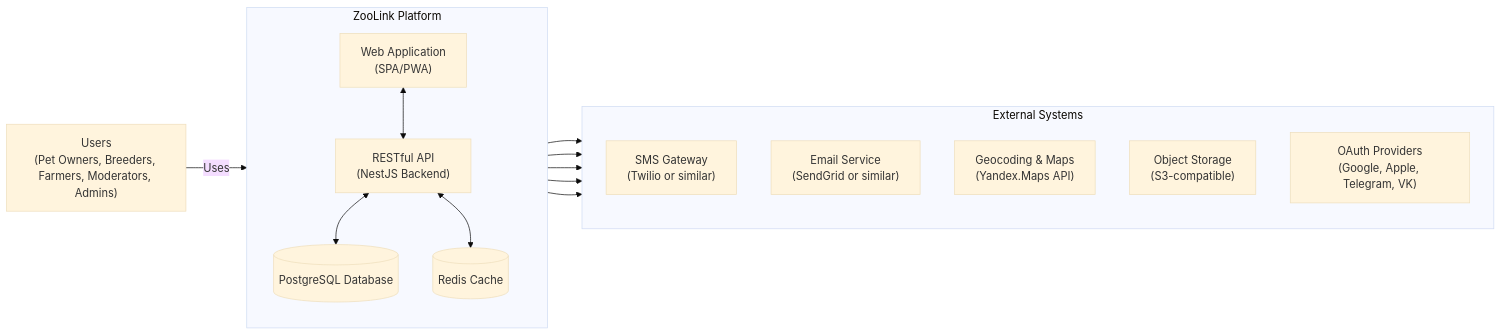
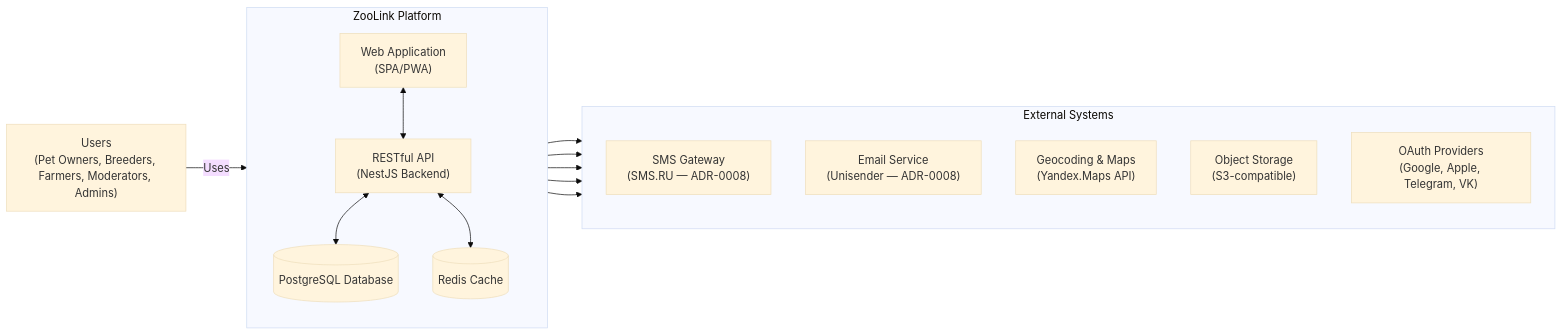
The diagram in docs/03-architecture/system-context.md (Aleksandr-Sulimenko/ZooLink), drawn with Mermaid (base theme) before and after one commit. The commit also changed other lines of this file and 51 other files, not shown here.

````diff
--- a/docs/03-architecture/system-context.md
+++ b/docs/03-architecture/system-context.md
@@ -7,35 +11,35 @@
 ```mermaid
 flowchart LR
     %% External Entities
     subgraph "External Systems"
         direction TB
-        SMS["SMS Gateway<br/>(Twilio or similar)"]
-        Email["Email Service<br/>(SendGrid or similar)"]
+        SMS["SMS Gateway<br/>(SMS.RU — ADR-0008)"]
+        Email["Email Service<br/>(Unisender — ADR-0008)"]
         Maps["Geocoding & Maps<br/>(Yandex.Maps API)"]
         Storage["Object Storage<br/>(S3-compatible)"]
         OAuth["OAuth Providers<br/>(Google, Apple, Telegram, VK)"]
     end
 
     %% System Boundary
     subgraph ZooLink_System[ZooLink Platform]
         direction TB
         WebApp["Web Application<br/>(SPA/PWA)"]
         API["RESTful API<br/>(NestJS Backend)"]
         DB[(PostgreSQL Database)]
         Cache[(Redis Cache)]
     end
 
     %% Users
     User["Users<br/>(Pet Owners, Breeders, Farmers, Moderators, Admins)"]
 
     %% Relationships
     User -- Uses --> WebApp
     WebApp <--> API
     API <--> DB
     API <--> Cache
     API --> SMS
     API --> Email
     API --> Maps
     API --> Storage
     API --> OAuth
 ```
````
